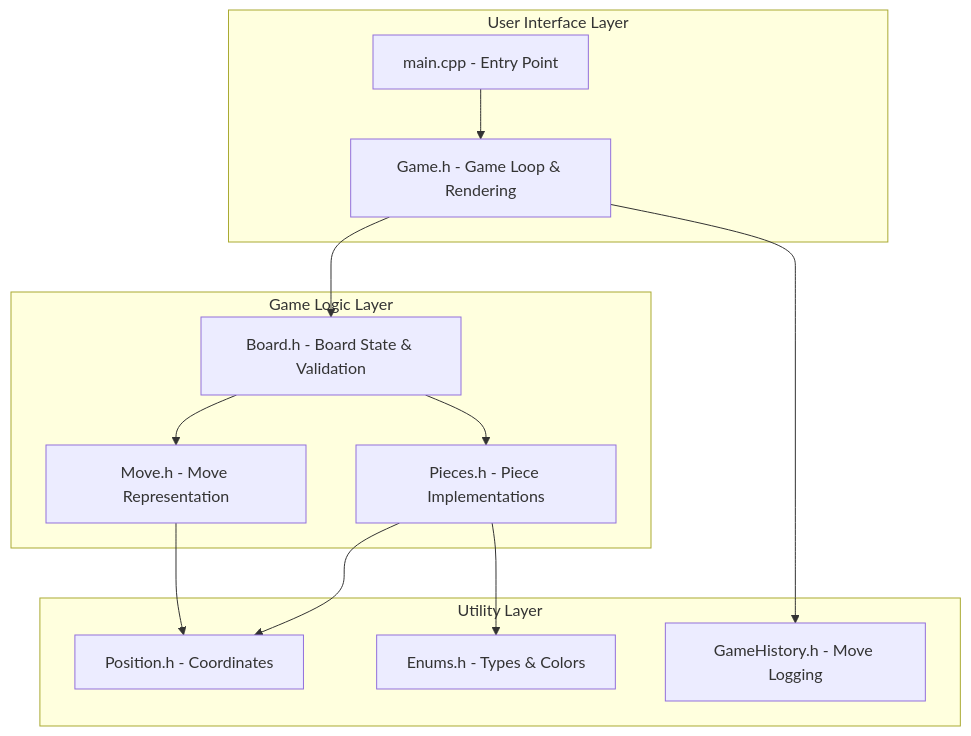
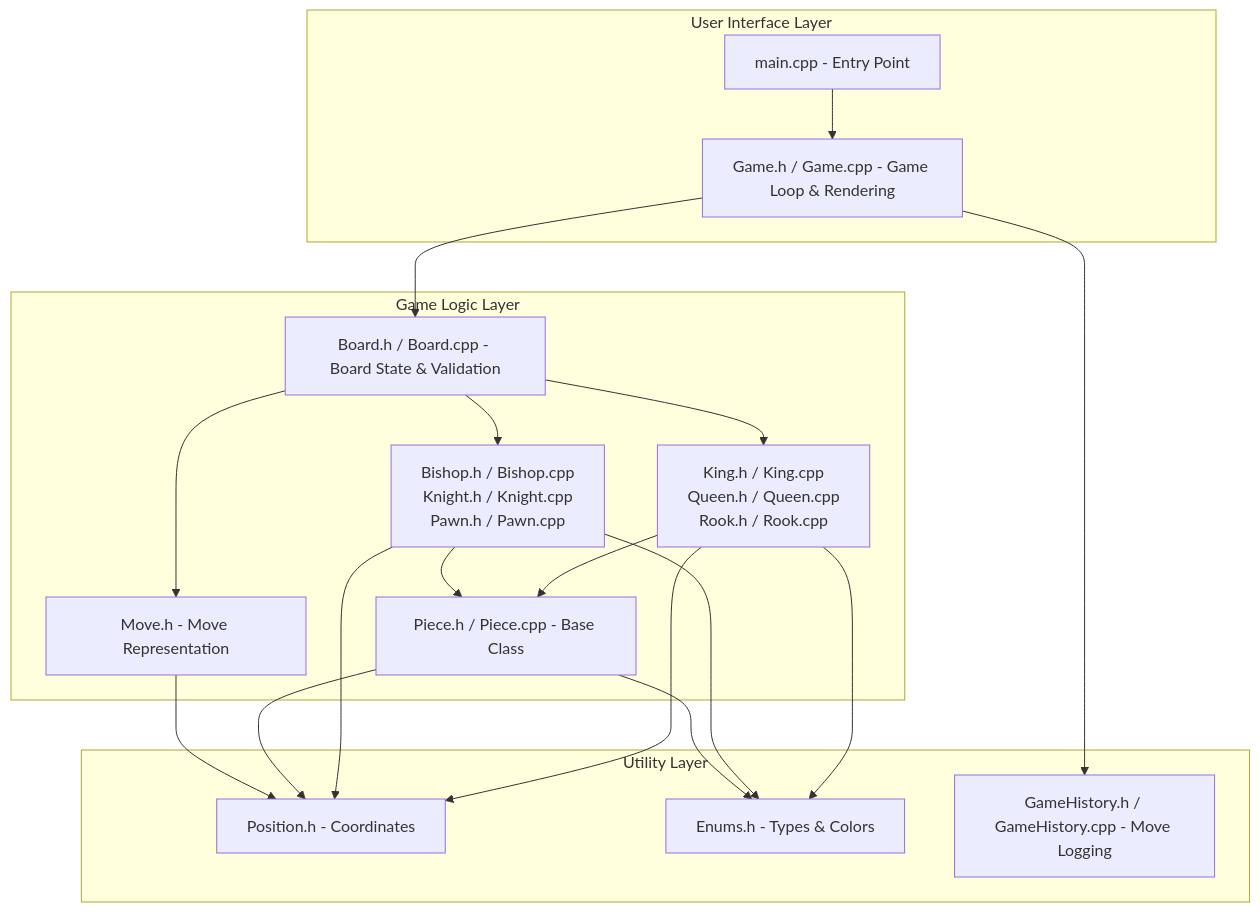
Before and after one commit to Mouaz7/chess-game: the second of 4 diagrams in README.md, drawn with Mermaid. The commit also changed other lines of this file, not shown here.

Commit message:
docs: Update README to reflect new OOP structure with separated .h and .cpp files

````diff
--- a/README.md
+++ b/README.md
@@ -143,28 +144,37 @@
 ```mermaid
 graph TB
     subgraph "User Interface Layer"
         A[main.cpp - Entry Point]
-        B[Game.h - Game Loop & Rendering]
+        B[Game.h / Game.cpp - Game Loop & Rendering]
     end
 
     subgraph "Game Logic Layer"
-        C[Board.h - Board State & Validation]
-        D[Pieces.h - Piece Implementations]
+        C[Board.h / Board.cpp - Board State & Validation]
+        D1[King.h / King.cpp<br/>Queen.h / Queen.cpp<br/>Rook.h / Rook.cpp]
+        D2[Bishop.h / Bishop.cpp<br/>Knight.h / Knight.cpp<br/>Pawn.h / Pawn.cpp]
+        D3[Piece.h / Piece.cpp - Base Class]
         E[Move.h - Move Representation]
     end
 
     subgraph "Utility Layer"
         F[Position.h - Coordinates]
         G[Enums.h - Types & Colors]
-        H[GameHistory.h - Move Logging]
+        H[GameHistory.h / GameHistory.cpp - Move Logging]
     end
 
     A --> B
     B --> C
     B --> H
-    C --> D
+    C --> D1
+    C --> D2
+    D1 --> D3
+    D2 --> D3
     C --> E
-    D --> F
-    D --> G
+    D1 --> F
+    D2 --> F
+    D3 --> F
+    D1 --> G
+    D2 --> G
+    D3 --> G
     E --> F
 ```
````
